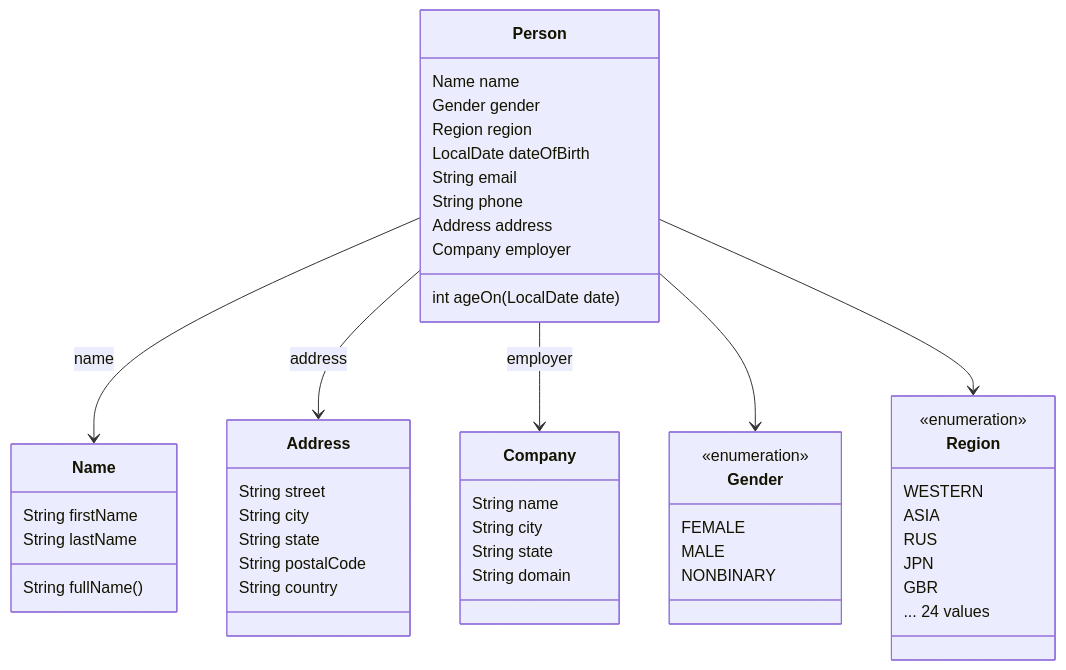
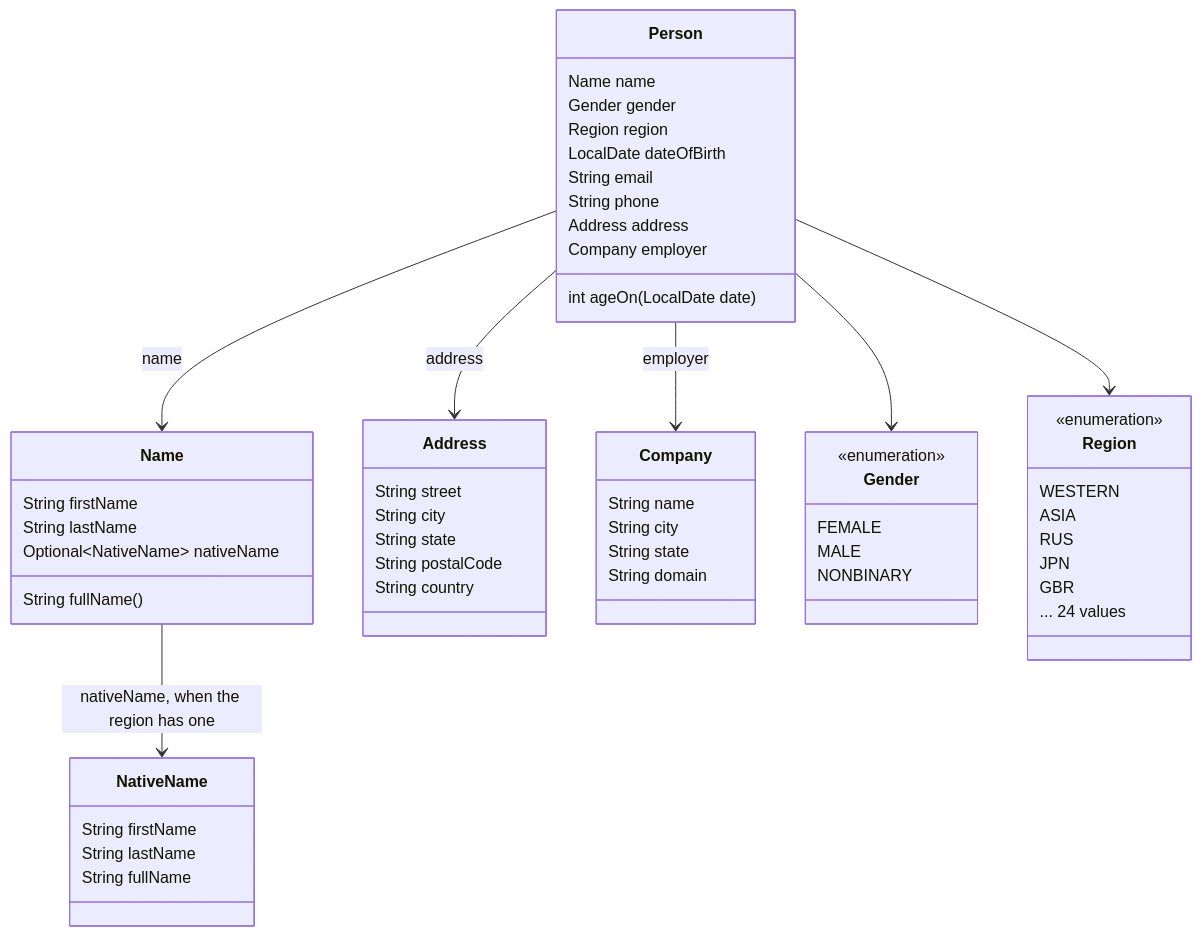
Before and after one commit to tauasa/faux-person: the diagram in README.md, drawn with Mermaid. The commit also changed other lines of this file and 20 other files, not shown here.

````diff
--- a/README.md
+++ b/README.md
@@ -53,52 +53,59 @@
 ```mermaid
 classDiagram
     class Person {
         Name name
         Gender gender
         Region region
         LocalDate dateOfBirth
         String email
         String phone
         Address address
         Company employer
         int ageOn(LocalDate date)
     }
     class Name {
         String firstName
         String lastName
+        Optional~NativeName~ nativeName
         String fullName()
+    }
+    class NativeName {
+        String firstName
+        String lastName
+        String fullName
     }
     class Address {
         String street
         String city
         String state
         String postalCode
         String country
     }
     class Company {
         String name
         String city
         String state
         String domain
     }
     class Gender {
         <<enumeration>>
         FEMALE
         MALE
         NONBINARY
     }
     class Region {
         <<enumeration>>
         WESTERN
         ASIA
         RUS
         JPN
         GBR
         ... 24 values
     }
     Person --> Name : name
+    Name --> NativeName : nativeName, when the region has one
     Person --> Address : address
     Person --> Company : employer
     Person --> Gender
     Person --> Region
 ```
````
